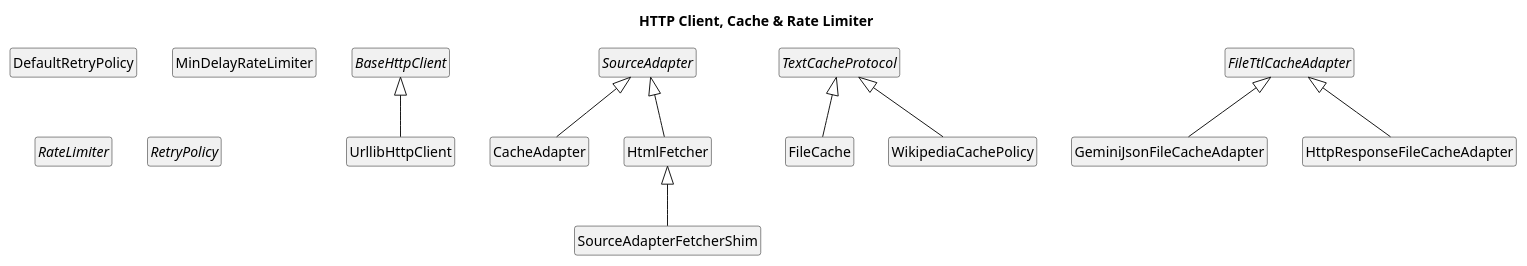
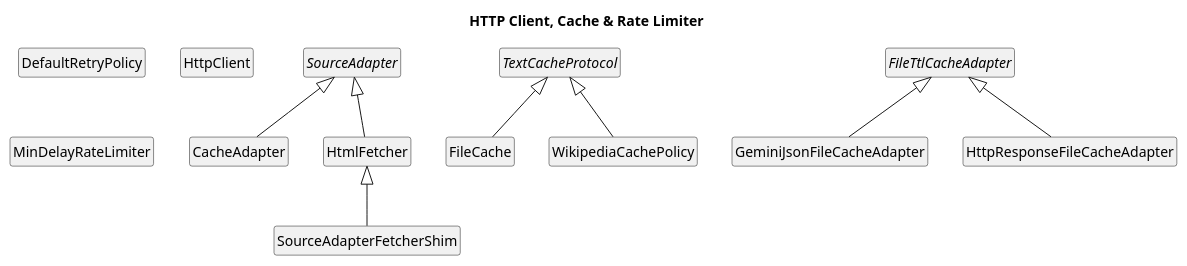
Before and after one commit to bgembalczyk/F1: the diagram in docs/uml/inheritance/infrastructure/02_http_cache.puml, drawn with PlantUML. The commit also changed 19 other files, not shown here.

```diff
--- a/docs/uml/inheritance/infrastructure/02_http_cache.puml
+++ b/docs/uml/inheritance/infrastructure/02_http_cache.puml
@@ -1,33 +1,29 @@
 @startuml
 title HTTP Client, Cache & Rate Limiter
 skinparam classAttributeIconSize 0
 hide empty members
 hide circle
 
-abstract class BaseHttpClient
 class CacheAdapter
 class DefaultRetryPolicy
 class FileCache
 abstract class FileTtlCacheAdapter
 class GeminiJsonFileCacheAdapter
 class HtmlFetcher
+class HttpClient
 class HttpResponseFileCacheAdapter
 class MinDelayRateLimiter
-abstract class RateLimiter
-abstract class RetryPolicy
 abstract class SourceAdapter
 class SourceAdapterFetcherShim
 interface TextCacheProtocol
-class UrllibHttpClient
 class WikipediaCachePolicy
 
 SourceAdapter <|-- CacheAdapter
 TextCacheProtocol <|-- FileCache
 FileTtlCacheAdapter <|-- GeminiJsonFileCacheAdapter
 SourceAdapter <|-- HtmlFetcher
 FileTtlCacheAdapter <|-- HttpResponseFileCacheAdapter
 HtmlFetcher <|-- SourceAdapterFetcherShim
-BaseHttpClient <|-- UrllibHttpClient
 TextCacheProtocol <|-- WikipediaCachePolicy
 
 @enduml
```
